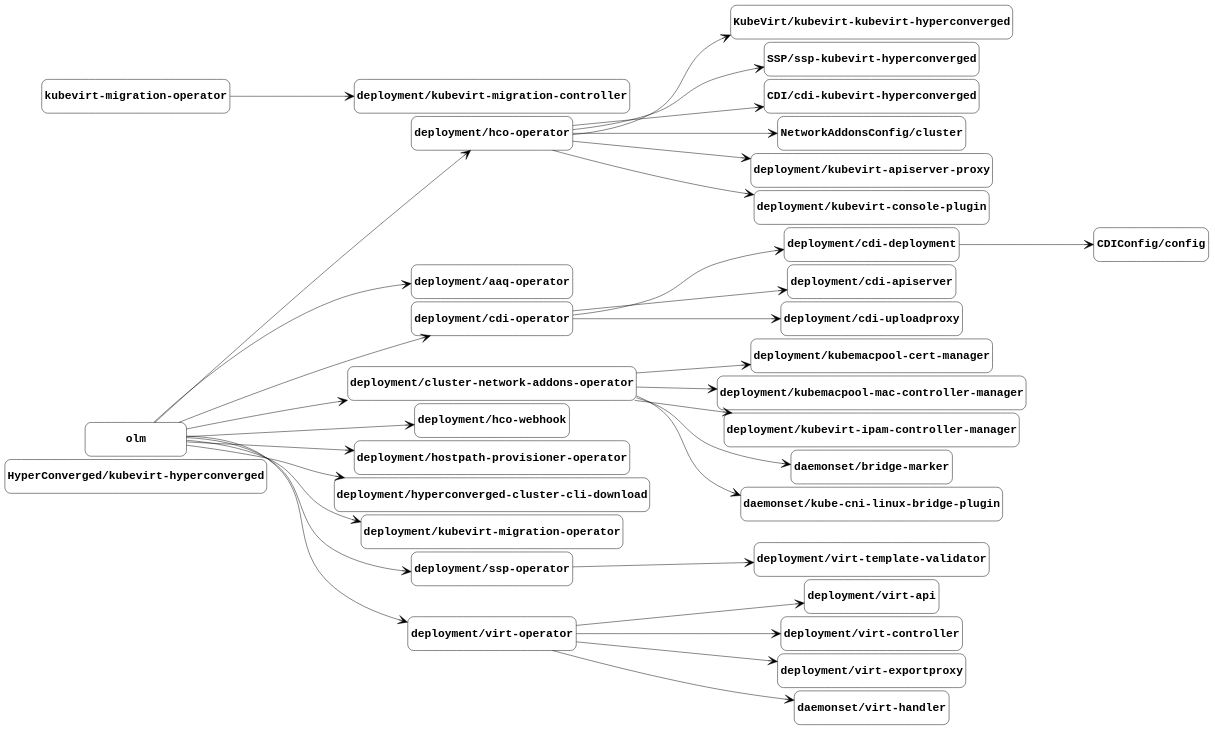
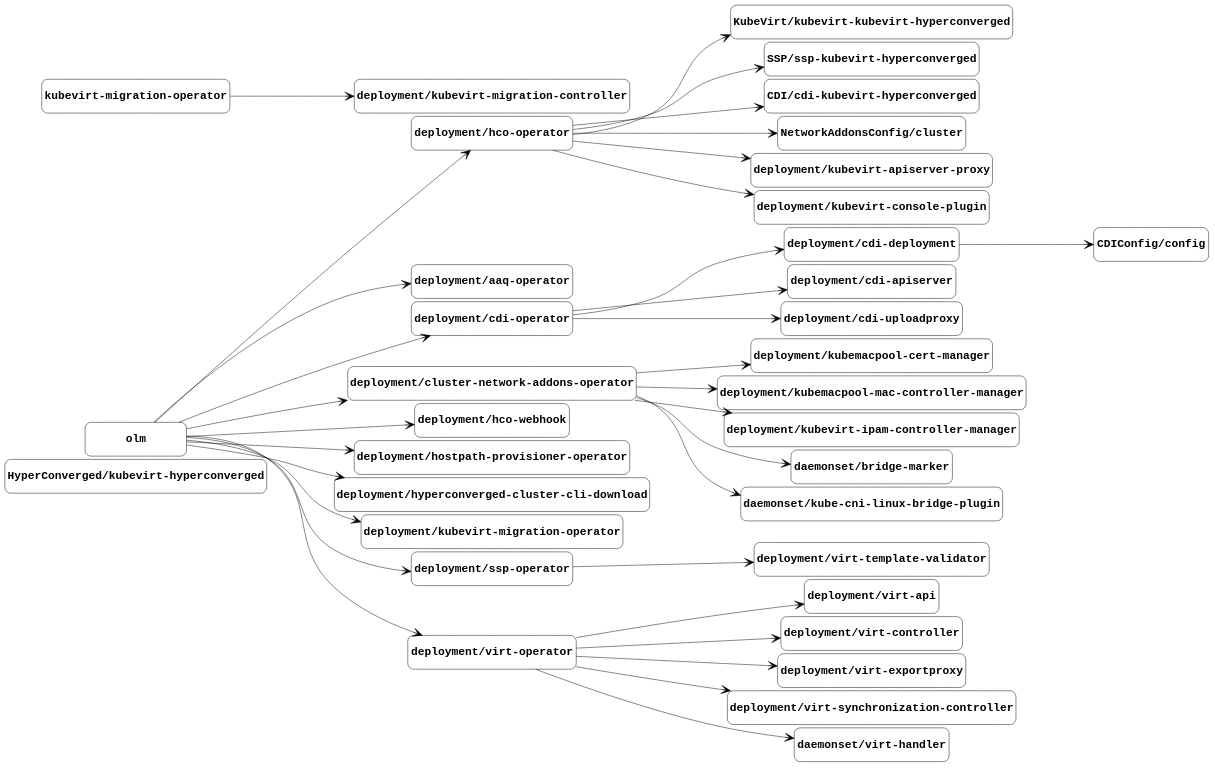
One commit to kubevirt/hyperconverged-cluster-operator changed the diagram in docs/managed-by.gv. Above: the diagram before and after it, drawn with Graphviz. The commit also changed 3 other files, not shown here.

Commit message:
Update component graphs from the nightly job (#4030)

```diff
--- a/docs/managed-by.gv
+++ b/docs/managed-by.gv
@@ -1,99 +1,102 @@
 digraph "managed-by" {
 	graph [center=true margin=0.2 nodesep=0.1 rankdir=LR ranksep=2]
 	node [fontname="Courier-Bold" fontsize=24 height=1 shape=box style=rounded width=3]
 	edge [arrowhead=vee arrowsize=2]
 	"HyperConverged/kubevirt-hyperconverged" [label="HyperConverged/kubevirt-hyperconverged"]
 	"KubeVirt/kubevirt-kubevirt-hyperconverged" [label="KubeVirt/kubevirt-kubevirt-hyperconverged"]
 	"deployment/hco-operator" [label="deployment/hco-operator"]
 	"deployment/hco-operator" -> "KubeVirt/kubevirt-kubevirt-hyperconverged"
 	"SSP/ssp-kubevirt-hyperconverged" [label="SSP/ssp-kubevirt-hyperconverged"]
 	"deployment/hco-operator" [label="deployment/hco-operator"]
 	"deployment/hco-operator" -> "SSP/ssp-kubevirt-hyperconverged"
 	"CDI/cdi-kubevirt-hyperconverged" [label="CDI/cdi-kubevirt-hyperconverged"]
 	"deployment/hco-operator" [label="deployment/hco-operator"]
 	"deployment/hco-operator" -> "CDI/cdi-kubevirt-hyperconverged"
 	"CDIConfig/config" [label="CDIConfig/config"]
 	"deployment/cdi-deployment" [label="deployment/cdi-deployment"]
 	"deployment/cdi-deployment" -> "CDIConfig/config"
 	"NetworkAddonsConfig/cluster" [label="NetworkAddonsConfig/cluster"]
 	"deployment/hco-operator" [label="deployment/hco-operator"]
 	"deployment/hco-operator" -> "NetworkAddonsConfig/cluster"
 	"deployment/aaq-operator" [label="deployment/aaq-operator"]
 	olm [label=olm]
 	olm -> "deployment/aaq-operator"
 	"deployment/cdi-apiserver" [label="deployment/cdi-apiserver"]
 	"deployment/cdi-operator" [label="deployment/cdi-operator"]
 	"deployment/cdi-operator" -> "deployment/cdi-apiserver"
 	"deployment/cdi-deployment" [label="deployment/cdi-deployment"]
 	"deployment/cdi-operator" [label="deployment/cdi-operator"]
 	"deployment/cdi-operator" -> "deployment/cdi-deployment"
 	"deployment/cdi-operator" [label="deployment/cdi-operator"]
 	olm [label=olm]
 	olm -> "deployment/cdi-operator"
 	"deployment/cdi-uploadproxy" [label="deployment/cdi-uploadproxy"]
 	"deployment/cdi-operator" [label="deployment/cdi-operator"]
 	"deployment/cdi-operator" -> "deployment/cdi-uploadproxy"
 	"deployment/cluster-network-addons-operator" [label="deployment/cluster-network-addons-operator"]
 	olm [label=olm]
 	olm -> "deployment/cluster-network-addons-operator"
 	"deployment/hco-operator" [label="deployment/hco-operator"]
 	olm [label=olm]
 	olm -> "deployment/hco-operator"
 	"deployment/hco-webhook" [label="deployment/hco-webhook"]
 	olm [label=olm]
 	olm -> "deployment/hco-webhook"
 	"deployment/hostpath-provisioner-operator" [label="deployment/hostpath-provisioner-operator"]
 	olm [label=olm]
 	olm -> "deployment/hostpath-provisioner-operator"
 	"deployment/hyperconverged-cluster-cli-download" [label="deployment/hyperconverged-cluster-cli-download"]
 	olm [label=olm]
 	olm -> "deployment/hyperconverged-cluster-cli-download"
 	"deployment/kubemacpool-cert-manager" [label="deployment/kubemacpool-cert-manager"]
 	"deployment/cluster-network-addons-operator" [label="deployment/cluster-network-addons-operator"]
 	"deployment/cluster-network-addons-operator" -> "deployment/kubemacpool-cert-manager"
 	"deployment/kubemacpool-mac-controller-manager" [label="deployment/kubemacpool-mac-controller-manager"]
 	"deployment/cluster-network-addons-operator" [label="deployment/cluster-network-addons-operator"]
 	"deployment/cluster-network-addons-operator" -> "deployment/kubemacpool-mac-controller-manager"
 	"deployment/kubevirt-apiserver-proxy" [label="deployment/kubevirt-apiserver-proxy"]
 	"deployment/hco-operator" [label="deployment/hco-operator"]
 	"deployment/hco-operator" -> "deployment/kubevirt-apiserver-proxy"
 	"deployment/kubevirt-console-plugin" [label="deployment/kubevirt-console-plugin"]
 	"deployment/hco-operator" [label="deployment/hco-operator"]
 	"deployment/hco-operator" -> "deployment/kubevirt-console-plugin"
 	"deployment/kubevirt-ipam-controller-manager" [label="deployment/kubevirt-ipam-controller-manager"]
 	"deployment/cluster-network-addons-operator" [label="deployment/cluster-network-addons-operator"]
 	"deployment/cluster-network-addons-operator" -> "deployment/kubevirt-ipam-controller-manager"
 	"deployment/kubevirt-migration-controller" [label="deployment/kubevirt-migration-controller"]
 	"kubevirt-migration-operator" [label="kubevirt-migration-operator"]
 	"kubevirt-migration-operator" -> "deployment/kubevirt-migration-controller"
 	"deployment/kubevirt-migration-operator" [label="deployment/kubevirt-migration-operator"]
 	olm [label=olm]
 	olm -> "deployment/kubevirt-migration-operator"
 	"deployment/ssp-operator" [label="deployment/ssp-operator"]
 	olm [label=olm]
 	olm -> "deployment/ssp-operator"
 	"deployment/virt-api" [label="deployment/virt-api"]
 	"deployment/virt-operator" [label="deployment/virt-operator"]
 	"deployment/virt-operator" -> "deployment/virt-api"
 	"deployment/virt-controller" [label="deployment/virt-controller"]
 	"deployment/virt-operator" [label="deployment/virt-operator"]
 	"deployment/virt-operator" -> "deployment/virt-controller"
 	"deployment/virt-exportproxy" [label="deployment/virt-exportproxy"]
 	"deployment/virt-operator" [label="deployment/virt-operator"]
 	"deployment/virt-operator" -> "deployment/virt-exportproxy"
 	"deployment/virt-operator" [label="deployment/virt-operator"]
 	olm [label=olm]
 	olm -> "deployment/virt-operator"
+	"deployment/virt-synchronization-controller" [label="deployment/virt-synchronization-controller"]
+	"deployment/virt-operator" [label="deployment/virt-operator"]
+	"deployment/virt-operator" -> "deployment/virt-synchronization-controller"
 	"deployment/virt-template-validator" [label="deployment/virt-template-validator"]
 	"deployment/ssp-operator" [label="deployment/ssp-operator"]
 	"deployment/ssp-operator" -> "deployment/virt-template-validator"
 	"daemonset/bridge-marker" [label="daemonset/bridge-marker"]
 	"deployment/cluster-network-addons-operator" [label="deployment/cluster-network-addons-operator"]
 	"deployment/cluster-network-addons-operator" -> "daemonset/bridge-marker"
 	"daemonset/kube-cni-linux-bridge-plugin" [label="daemonset/kube-cni-linux-bridge-plugin"]
 	"deployment/cluster-network-addons-operator" [label="deployment/cluster-network-addons-operator"]
 	"deployment/cluster-network-addons-operator" -> "daemonset/kube-cni-linux-bridge-plugin"
 	"daemonset/virt-handler" [label="daemonset/virt-handler"]
 	"deployment/virt-operator" [label="deployment/virt-operator"]
 	"deployment/virt-operator" -> "daemonset/virt-handler"
 }
```
